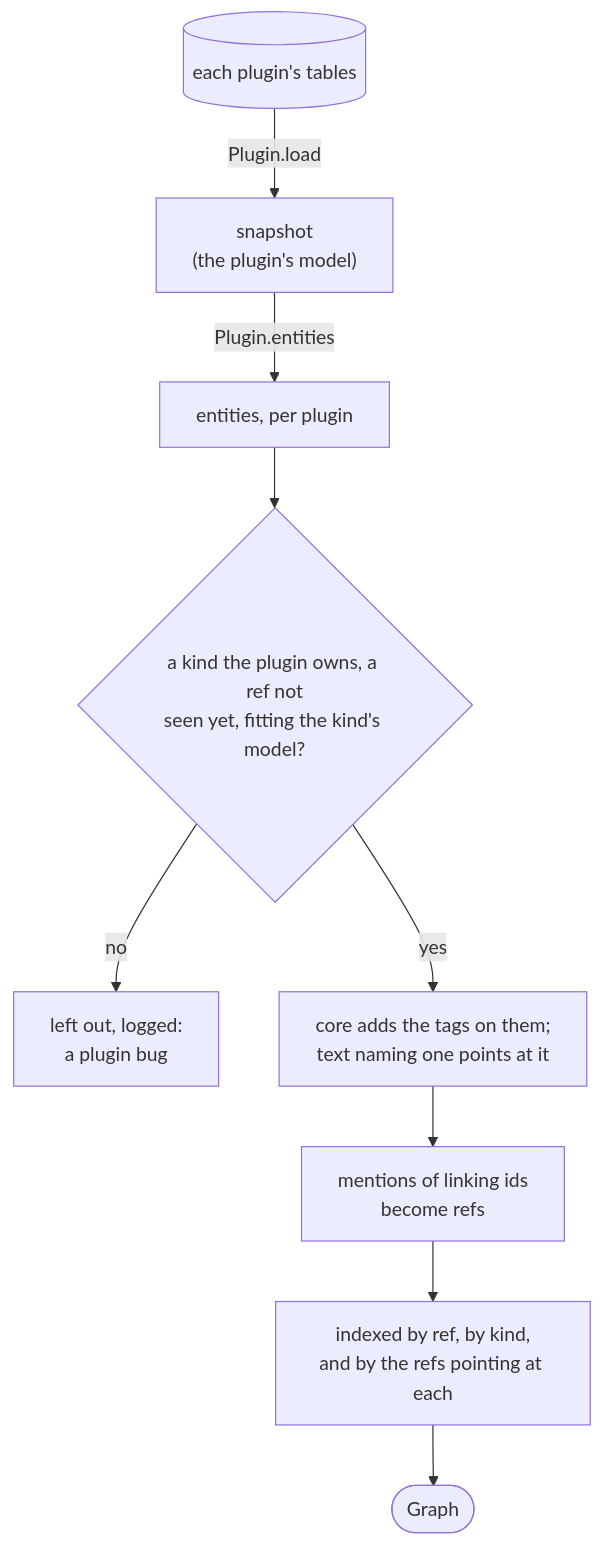
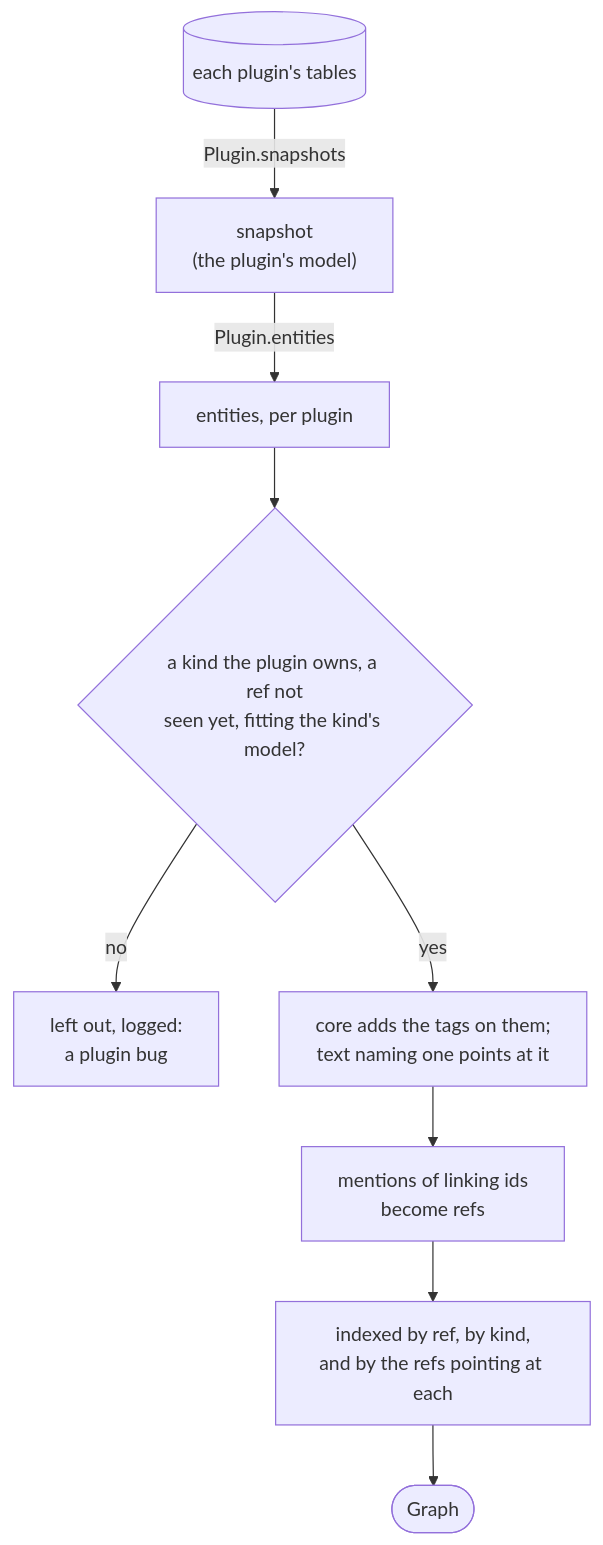
Before and after one commit to benekastah/move-forward: the second of 4 diagrams in docs/graph.md, drawn with Mermaid. The commit also changed other lines of this file and 72 other files, not shown here.

````diff
--- a/docs/graph.md
+++ b/docs/graph.md
@@ -61,11 +61,11 @@
 ```mermaid
 flowchart TB
-    tables[("each plugin's tables")] -->|"Plugin.load"| snapshot["snapshot<br/>(the plugin's model)"]
+    tables[("each plugin's tables")] -->|"Plugin.snapshots"| snapshot["snapshot<br/>(the plugin's model)"]
     snapshot -->|"Plugin.entities"| published["entities, per plugin"]
     published --> check{"a kind the plugin owns, a ref not<br/>seen yet, fitting the kind's model?"}
     check -->|no| dropped["left out, logged:<br/>a plugin bug"]
     check -->|yes| tagged["core adds the tags on them;<br/>text naming one points at it"]
     tagged --> mentions["mentions of linking ids<br/>become refs"]
     mentions --> index["indexed by ref, by kind,<br/>and by the refs pointing at each"]
     index --> built(["Graph"])
 ```
````
